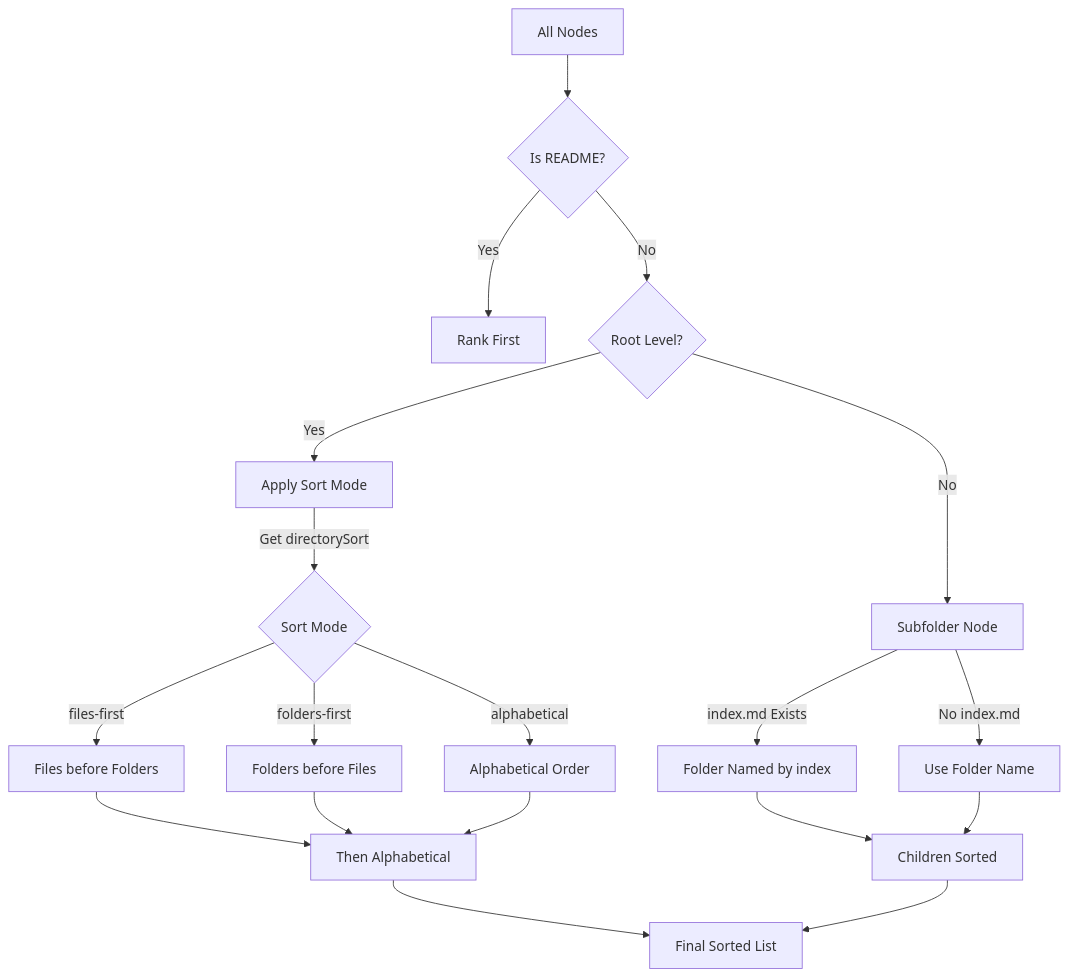
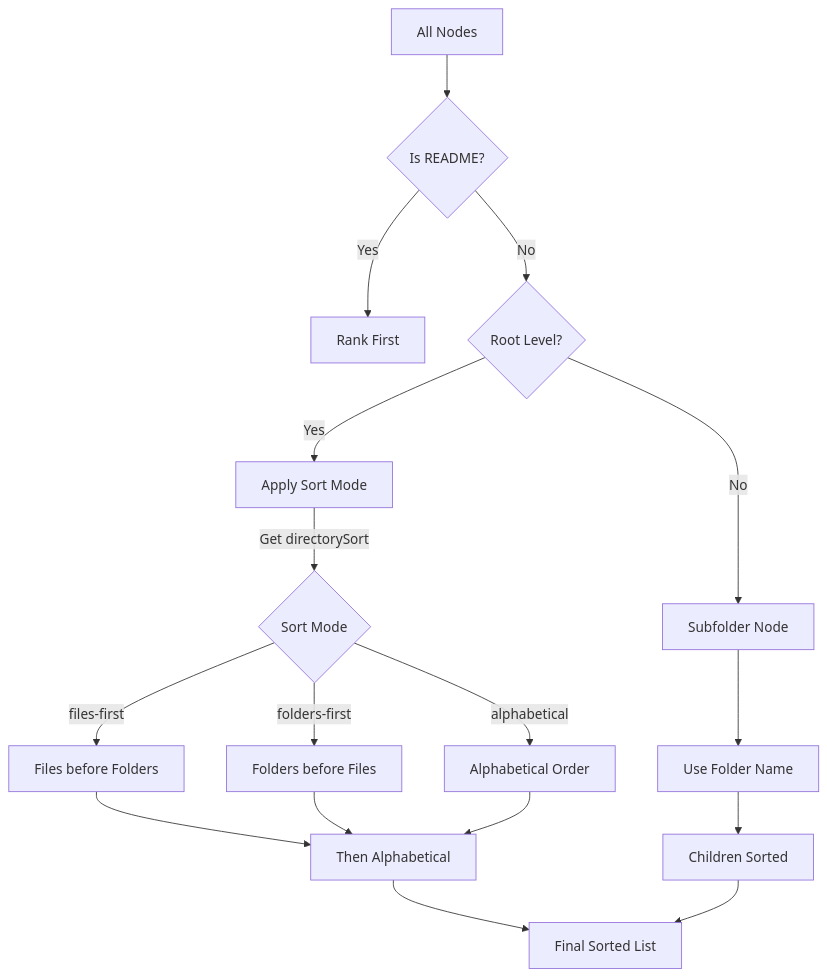
One commit to AlexJSully/workspace-wiki changed the diagram in docs/architecture/tree-data-provider.md. Above: the diagram before and after it, drawn with Mermaid. The commit also changed other lines of this file and 20 other files, not shown here.

````diff
--- a/docs/architecture/tree-data-provider.md
+++ b/docs/architecture/tree-data-provider.md
@@ -87,23 +87,21 @@
 ```mermaid
 flowchart TD
 	accTitle: Tree Node Ordering Logic
-	accDescr: Shows how tree nodes are sorted - README nodes always rank first, then root-level nodes are ordered by the directorySort setting (files-first, folders-first, or alphabetical), and finally alphabetically by title within each group. Folder nodes use index.md for their name when present.
+	accDescr: Shows how tree nodes are sorted - README nodes always rank first, then root-level nodes are ordered by the directorySort setting (files-first, folders-first, or alphabetical), and finally alphabetically by title within each group. Folder nodes always display their own normalized folder name; an index.md inside a folder is listed as a child file.
 	A[All Nodes] --> B{Is README?}
 	B -->|Yes| C[Rank First]
 	B -->|No| D{Root Level?}
 	D -->|Yes| E[Apply Sort Mode]
 	D -->|No| F[Subfolder Node]
 	E -->|Get directorySort| G{Sort Mode}
 	G -->|files-first| H[Files before Folders]
 	G -->|folders-first| I[Folders before Files]
 	G -->|alphabetical| J[Alphabetical Order]
 	H --> K[Then Alphabetical]
 	I --> K
 	J --> K
 	K --> L[Final Sorted List]
-	F -->|index.md Exists| M[Folder Named by index]
-	F -->|No index.md| N[Use Folder Name]
-	M --> O[Children Sorted]
-	N --> O
+	F --> N[Use Folder Name]
+	N --> O[Children Sorted]
 	O --> L
 ```
````
